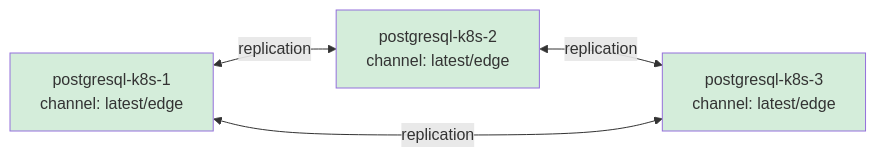
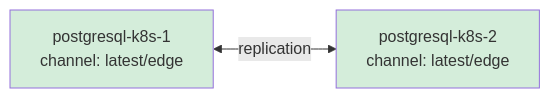
Diagram 14 of 16 in docs/reference/charm-deployment-constraints.rst (canonical/charm-integration-testing), drawn with Mermaid before and after one commit. The commit also changed other lines of this file and 1 other file, not shown here.

```diff
--- a/docs/reference/charm-deployment-constraints.rst
+++ b/docs/reference/charm-deployment-constraints.rst
@@ -346,14 +346,10 @@
 .. mermaid::
 
    graph LR
        pg1[postgresql-k8s-1<br/>channel: latest/edge]
        pg2[postgresql-k8s-2<br/>channel: latest/edge]
-       pg3[postgresql-k8s-3<br/>channel: latest/edge]
        
        pg1 <-->|replication| pg2
-       pg2 <-->|replication| pg3
-       pg1 <-->|replication| pg3
        
        style pg1 fill:#d4edda
        style pg2 fill:#d4edda
-       style pg3 fill:#d4edda
```
